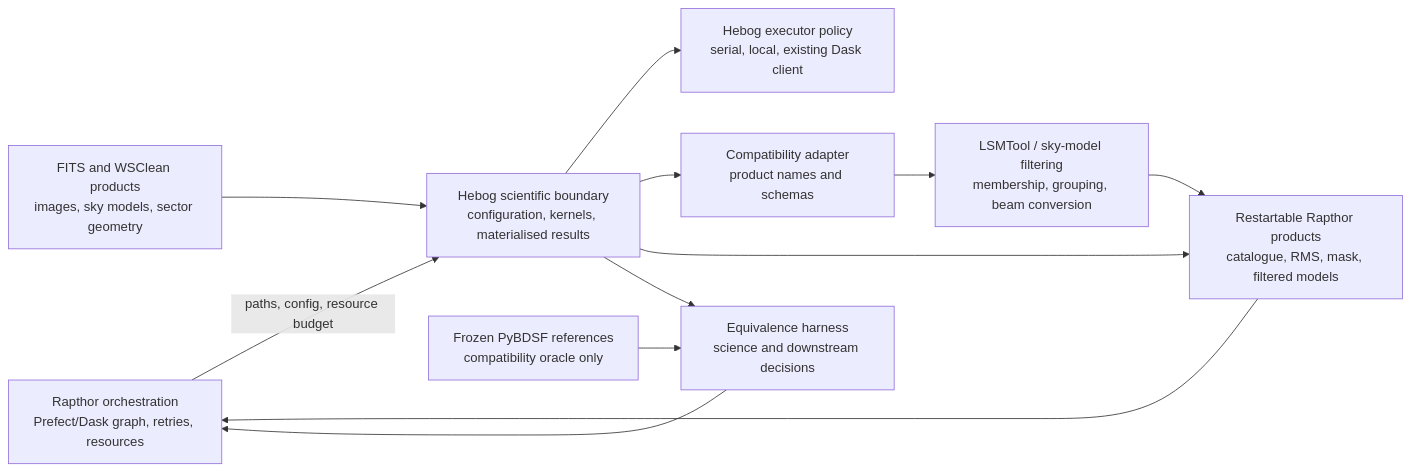
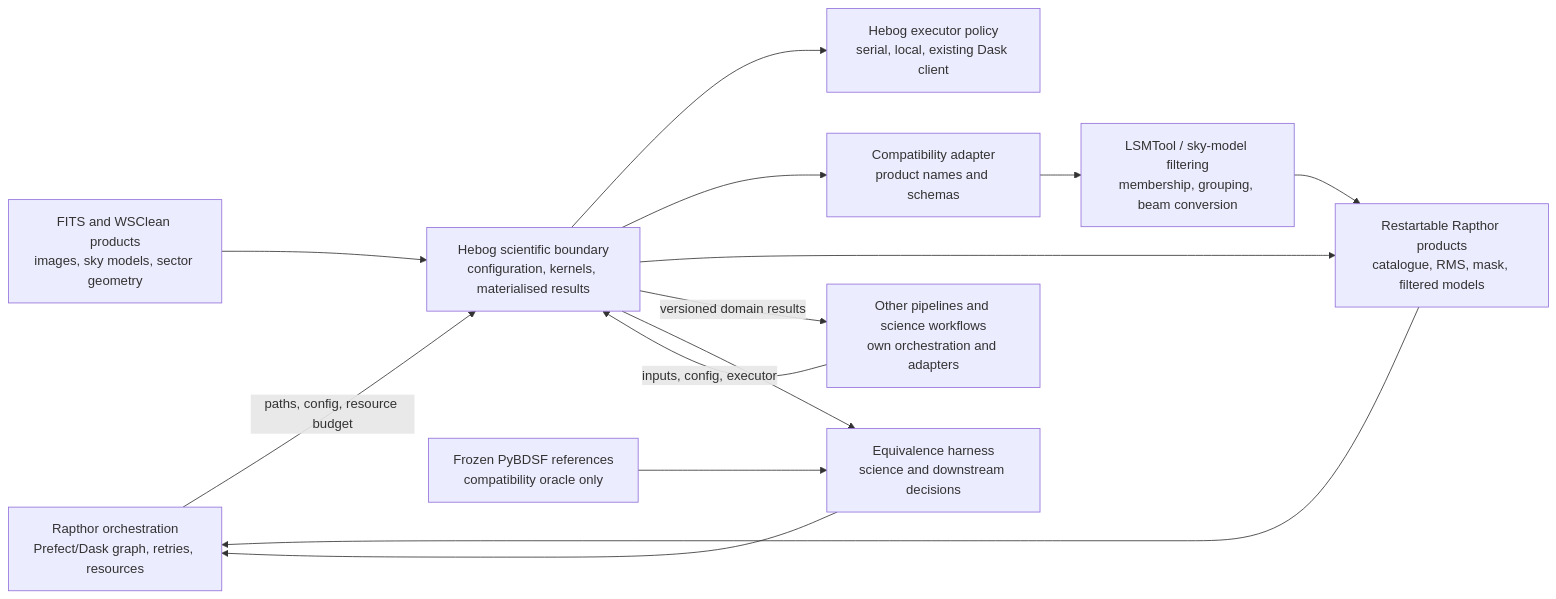
The first of 3 diagrams in docs/explanation/domain-model.md (gemmadanks/hebog), drawn with Mermaid before and after one commit. The commit also changed other lines of this file and 19 other files, not shown here.

````diff
--- a/docs/explanation/domain-model.md
+++ b/docs/explanation/domain-model.md
@@ -11,24 +11,27 @@
 ```mermaid
 flowchart LR
     R["Rapthor orchestration<br/>Prefect/Dask graph, retries, resources"]
+    W["Other pipelines and science workflows<br/>own orchestration and adapters"]
     F["FITS and WSClean products<br/>images, sky models, sector geometry"]
     H["Hebog scientific boundary<br/>configuration, kernels, materialised results"]
     E["Hebog executor policy<br/>serial, local, existing Dask client"]
     A["Compatibility adapter<br/>product names and schemas"]
     L["LSMTool / sky-model filtering<br/>membership, grouping, beam conversion"]
     P["Restartable Rapthor products<br/>catalogue, RMS, mask, filtered models"]
     B["Frozen PyBDSF references<br/>compatibility oracle only"]
     Q["Equivalence harness<br/>science and downstream decisions"]
 
     R -->|"paths, config, resource budget"| H
+    W -->|"inputs, config, executor"| H
     F --> H
     H --> E
     H --> A
     A --> L
     L --> P
     H --> P
     P --> R
+    H -->|"versioned domain results"| W
     B --> Q
     H --> Q
     Q --> R
 ```
````
